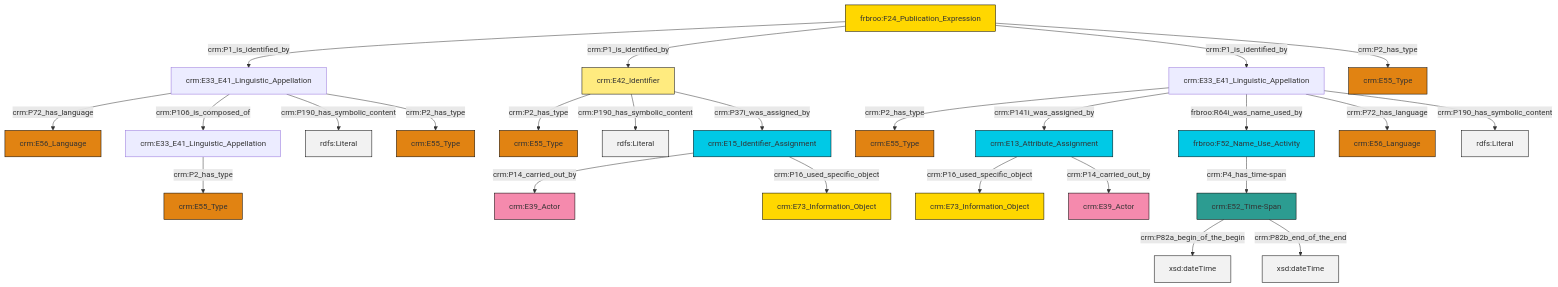
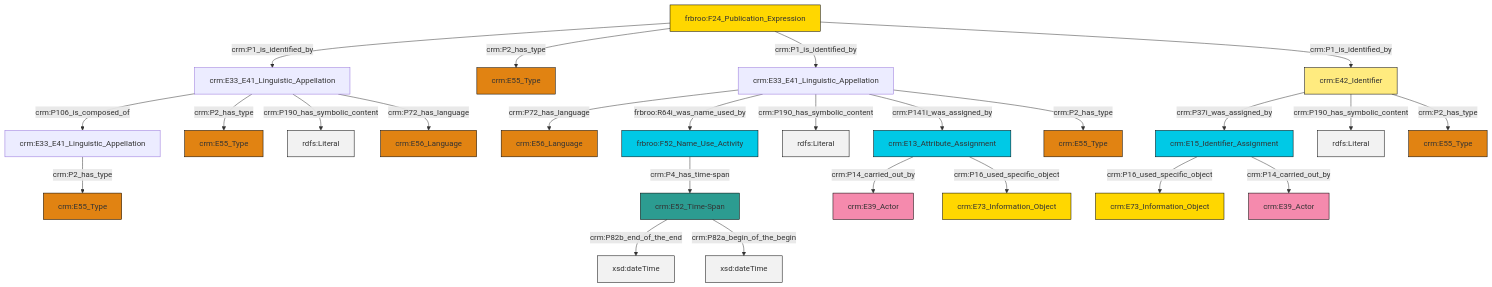
The diagram in et/biblioCSV/ttl/mmd/biblio_name.ttl.mmd (swiss-art-research-net/docs.swissartresearch), drawn with Mermaid before and after one commit. The commit also changed 177 other files, not shown here.

```diff
--- a/et/biblioCSV/ttl/mmd/biblio_name.ttl.mmd
+++ b/et/biblioCSV/ttl/mmd/biblio_name.ttl.mmd
@@ -1,39 +1,39 @@
 graph TD
 classDef Literal fill:#f2f2f2,stroke:#000000;
 classDef CRM_Entity fill:#FFFFFF,stroke:#000000;
 classDef Temporal_Entity fill:#00C9E6, stroke:#000000;
 classDef Type fill:#E18312, stroke:#000000;
 classDef Time-Span fill:#2C9C91, stroke:#000000;
 classDef Appellation fill:#FFEB7F, stroke:#000000;
 classDef Place fill:#008836, stroke:#000000;
 classDef Persistent_Item fill:#B266B2, stroke:#000000;
 classDef Conceptual_Object fill:#FFD700, stroke:#000000;
 classDef Physical_Thing fill:#D2B48C, stroke:#000000;
 classDef Actor fill:#f58aad, stroke:#000000;
 classDef PC_Classes fill:#4ce600, stroke:#000000;
 classDef Multi fill:#cccccc,stroke:#000000;
 
-0["crm:E33_E41_Linguistic_Appellation"]:::Default -->|crm:P2_has_type| 1["crm:E55_Type"]:::Type
-0["crm:E33_E41_Linguistic_Appellation"]:::Default -->|crm:P141i_was_assigned_by| 2["crm:E13_Attribute_Assignment"]:::Temporal_Entity
-5["frbroo:F24_Publication_Expression"]:::Conceptual_Object -->|crm:P1_is_identified_by| 6["crm:E33_E41_Linguistic_Appellation"]:::Default
-7["crm:E33_E41_Linguistic_Appellation"]:::Default -->|crm:P2_has_type| 8["crm:E55_Type"]:::Type
-0["crm:E33_E41_Linguistic_Appellation"]:::Default -->|frbroo:R64i_was_name_used_by| 9["frbroo:F52_Name_Use_Activity"]:::Temporal_Entity
-6["crm:E33_E41_Linguistic_Appellation"]:::Default -->|crm:P72_has_language| 10["crm:E56_Language"]:::Type
-13["crm:E42_Identifier"]:::Appellation -->|crm:P2_has_type| 14["crm:E55_Type"]:::Type
-6["crm:E33_E41_Linguistic_Appellation"]:::Default -->|crm:P106_is_composed_of| 7["crm:E33_E41_Linguistic_Appellation"]:::Default
-9["frbroo:F52_Name_Use_Activity"]:::Temporal_Entity -->|crm:P4_has_time-span| 18["crm:E52_Time-Span"]:::Time-Span
-13["crm:E42_Identifier"]:::Appellation -->|crm:P190_has_symbolic_content| 25[rdfs:Literal]:::Literal
-13["crm:E42_Identifier"]:::Appellation -->|crm:P37i_was_assigned_by| 26["crm:E15_Identifier_Assignment"]:::Temporal_Entity
-5["frbroo:F24_Publication_Expression"]:::Conceptual_Object -->|crm:P1_is_identified_by| 13["crm:E42_Identifier"]:::Appellation
-26["crm:E15_Identifier_Assignment"]:::Temporal_Entity -->|crm:P14_carried_out_by| 11["crm:E39_Actor"]:::Actor
-2["crm:E13_Attribute_Assignment"]:::Temporal_Entity -->|crm:P16_used_specific_object| 30["crm:E73_Information_Object"]:::Conceptual_Object
-0["crm:E33_E41_Linguistic_Appellation"]:::Default -->|crm:P72_has_language| 3["crm:E56_Language"]:::Type
-5["frbroo:F24_Publication_Expression"]:::Conceptual_Object -->|crm:P1_is_identified_by| 0["crm:E33_E41_Linguistic_Appellation"]:::Default
-26["crm:E15_Identifier_Assignment"]:::Temporal_Entity -->|crm:P16_used_specific_object| 34["crm:E73_Information_Object"]:::Conceptual_Object
-18["crm:E52_Time-Span"]:::Time-Span -->|crm:P82a_begin_of_the_begin| 36[xsd:dateTime]:::Literal
-2["crm:E13_Attribute_Assignment"]:::Temporal_Entity -->|crm:P14_carried_out_by| 39["crm:E39_Actor"]:::Actor
-0["crm:E33_E41_Linguistic_Appellation"]:::Default -->|crm:P190_has_symbolic_content| 42[rdfs:Literal]:::Literal
-6["crm:E33_E41_Linguistic_Appellation"]:::Default -->|crm:P190_has_symbolic_content| 43[rdfs:Literal]:::Literal
-6["crm:E33_E41_Linguistic_Appellation"]:::Default -->|crm:P2_has_type| 15["crm:E55_Type"]:::Type
-5["frbroo:F24_Publication_Expression"]:::Conceptual_Object -->|crm:P2_has_type| 20["crm:E55_Type"]:::Type
-18["crm:E52_Time-Span"]:::Time-Span -->|crm:P82b_end_of_the_end| 46[xsd:dateTime]:::Literal
+0["crm:E33_E41_Linguistic_Appellation"]:::Default -->|crm:P106_is_composed_of| 1["crm:E33_E41_Linguistic_Appellation"]:::Default
+0["crm:E33_E41_Linguistic_Appellation"]:::Default -->|crm:P2_has_type| 4["crm:E55_Type"]:::Type
+5["crm:E52_Time-Span"]:::Time-Span -->|crm:P82b_end_of_the_end| 6[xsd:dateTime]:::Literal
+9["frbroo:F24_Publication_Expression"]:::Conceptual_Object -->|crm:P1_is_identified_by| 0["crm:E33_E41_Linguistic_Appellation"]:::Default
+10["crm:E33_E41_Linguistic_Appellation"]:::Default -->|crm:P72_has_language| 11["crm:E56_Language"]:::Type
+10["crm:E33_E41_Linguistic_Appellation"]:::Default -->|frbroo:R64i_was_name_used_by| 12["frbroo:F52_Name_Use_Activity"]:::Temporal_Entity
+1["crm:E33_E41_Linguistic_Appellation"]:::Default -->|crm:P2_has_type| 13["crm:E55_Type"]:::Type
+0["crm:E33_E41_Linguistic_Appellation"]:::Default -->|crm:P190_has_symbolic_content| 14[rdfs:Literal]:::Literal
+0["crm:E33_E41_Linguistic_Appellation"]:::Default -->|crm:P72_has_language| 15["crm:E56_Language"]:::Type
+19["crm:E13_Attribute_Assignment"]:::Temporal_Entity -->|crm:P14_carried_out_by| 2["crm:E39_Actor"]:::Actor
+10["crm:E33_E41_Linguistic_Appellation"]:::Default -->|crm:P190_has_symbolic_content| 21[rdfs:Literal]:::Literal
+17["crm:E15_Identifier_Assignment"]:::Temporal_Entity -->|crm:P16_used_specific_object| 23["crm:E73_Information_Object"]:::Conceptual_Object
+10["crm:E33_E41_Linguistic_Appellation"]:::Default -->|crm:P141i_was_assigned_by| 19["crm:E13_Attribute_Assignment"]:::Temporal_Entity
+10["crm:E33_E41_Linguistic_Appellation"]:::Default -->|crm:P2_has_type| 26["crm:E55_Type"]:::Type
+9["frbroo:F24_Publication_Expression"]:::Conceptual_Object -->|crm:P2_has_type| 28["crm:E55_Type"]:::Type
+17["crm:E15_Identifier_Assignment"]:::Temporal_Entity -->|crm:P14_carried_out_by| 7["crm:E39_Actor"]:::Actor
+12["frbroo:F52_Name_Use_Activity"]:::Temporal_Entity -->|crm:P4_has_time-span| 5["crm:E52_Time-Span"]:::Time-Span
+5["crm:E52_Time-Span"]:::Time-Span -->|crm:P82a_begin_of_the_begin| 33[xsd:dateTime]:::Literal
+19["crm:E13_Attribute_Assignment"]:::Temporal_Entity -->|crm:P16_used_specific_object| 30["crm:E73_Information_Object"]:::Conceptual_Object
+9["frbroo:F24_Publication_Expression"]:::Conceptual_Object -->|crm:P1_is_identified_by| 10["crm:E33_E41_Linguistic_Appellation"]:::Default
+9["frbroo:F24_Publication_Expression"]:::Conceptual_Object -->|crm:P1_is_identified_by| 34["crm:E42_Identifier"]:::Appellation
+34["crm:E42_Identifier"]:::Appellation -->|crm:P37i_was_assigned_by| 17["crm:E15_Identifier_Assignment"]:::Temporal_Entity
+34["crm:E42_Identifier"]:::Appellation -->|crm:P190_has_symbolic_content| 43[rdfs:Literal]:::Literal
+34["crm:E42_Identifier"]:::Appellation -->|crm:P2_has_type| 45["crm:E55_Type"]:::Type
```
